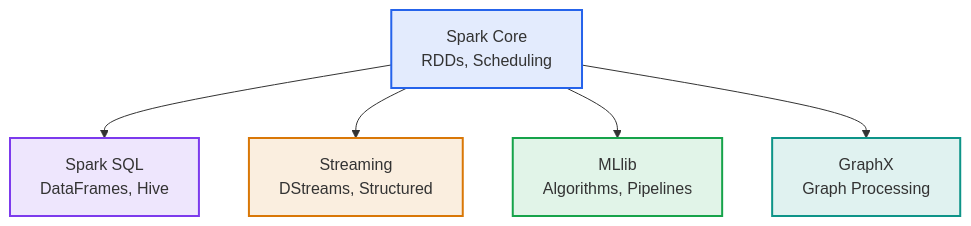
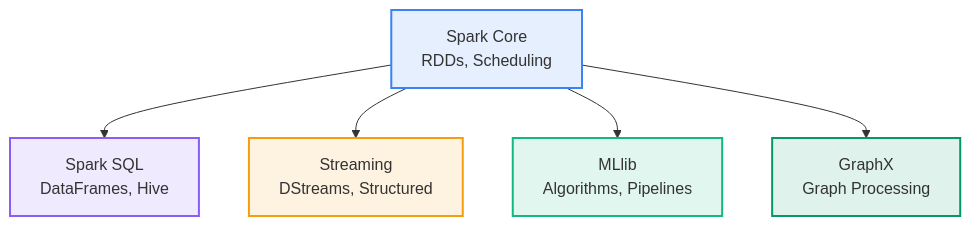
The second of 5 diagrams in 302.1-data-computation/spark.md (MadeInShineA/hei-course-summaries), drawn with Mermaid before and after one commit. The commit also changed other lines of this file and 2 other files, not shown here.

Commit message:
Updated mermaid graphs colors

````diff
--- a/302.1-data-computation/spark.md
+++ b/302.1-data-computation/spark.md
@@ -134,13 +134,13 @@
 ```mermaid
 flowchart TD
     CORE[Spark Core<br/>RDDs, Scheduling] --> SQL[Spark SQL<br/>DataFrames, Hive]
     CORE --> STREAM[Streaming<br/>DStreams, Structured]
     CORE --> ML[MLlib<br/>Algorithms, Pipelines]
     CORE --> GRAPH[GraphX<br/>Graph Processing]
     
-    style CORE fill:#2563eb20,stroke:#2563eb,stroke-width:2px
-    style SQL fill:#7c3aed20,stroke:#7c3aed,stroke-width:2px
-    style STREAM fill:#d9770620,stroke:#d97706,stroke-width:2px
-    style ML fill:#16a34a20,stroke:#16a34a,stroke-width:2px
-    style GRAPH fill:#0d948820,stroke:#0d9488,stroke-width:2px
+    style CORE fill:#3b82f620,stroke:#3b82f6,stroke-width:2px
+    style SQL fill:#8b5cf620,stroke:#8b5cf6,stroke-width:2px
+    style STREAM fill:#f59e0b20,stroke:#f59e0b,stroke-width:2px
+    style ML fill:#10b98120,stroke:#10b981,stroke-width:2px
+    style GRAPH fill:#05966920,stroke:#059669,stroke-width:2px
 ```
````
